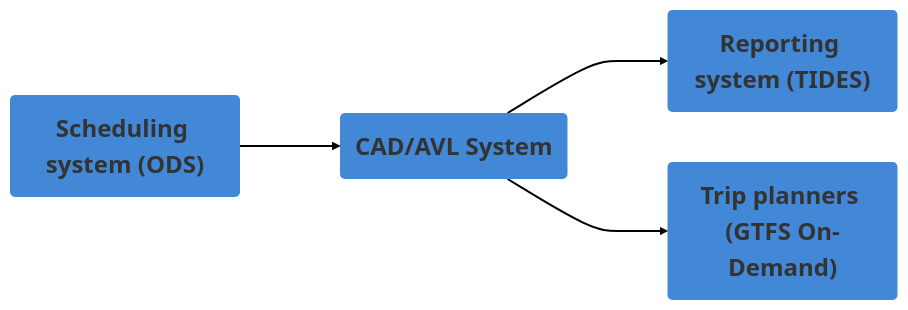
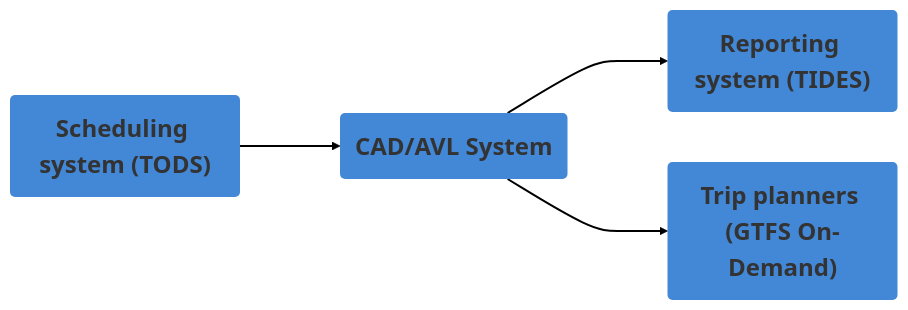
The third of 4 diagrams in docs/en/procurement.md (MobilityData/Mobility-Data-Interoperability-Principles), drawn with Mermaid before and after one commit. The commit also changed other lines of this file, not shown here.

Commit message:
Renamed ODS --> TODS

````diff
--- a/docs/en/procurement.md
+++ b/docs/en/procurement.md
@@ -241,15 +241,15 @@
 ``` mermaid
 graph LR
   classDef darkblue fill:#4288d7,stroke-width:0px,font-weight:bold,font-size:24px;
 
-  A("Scheduling system (ODS)") ---> B("CAD/AVL System");
+  A("Scheduling system (TODS)") ---> B("CAD/AVL System");
   B ---> C("Reporting system (TIDES)");
   B ---> D("Trip planners (GTFS On-Demand)");
 
   class A,B,C,D darkblue
 
   linkStyle 0 stroke:#000000,stroke-width:2px
   linkStyle 1 stroke:#000000,stroke-width:2px
   linkStyle 2 stroke:#000000,stroke-width:2px
 
 ```
````
